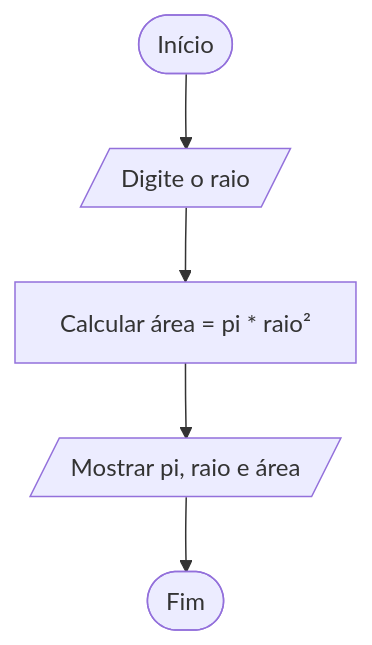
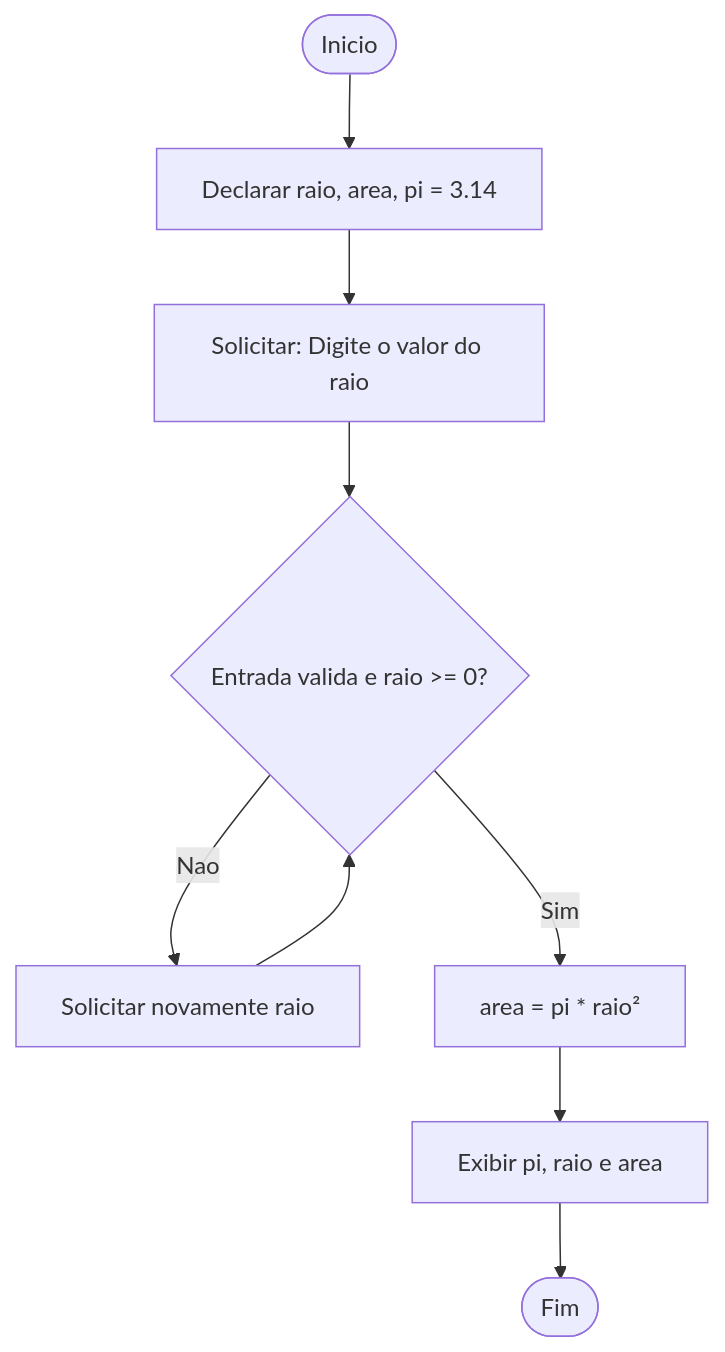
One commit to DanoloBR/portiflio-dan changed the second of 10 diagrams in README.md. Above: the diagram before and after it, drawn with Mermaid. The commit also changed other lines of this file, not shown here.

````diff
--- a/README.md
+++ b/README.md
@@ -40,7 +30,15 @@
 ```mermaid
 flowchart TD
-  A([Início]) --> B[/Digite o raio/]
-  B --> C[Calcular área = pi * raio²]
-  C --> D[/Mostrar pi, raio e área/]
-  D --> E([Fim])
+    A([Inicio])
+    B[Declarar raio, area, pi = 3.14]
+    C[Solicitar: Digite o valor do raio]
+    D{Entrada valida e raio >= 0?}
+    E[Solicitar novamente raio]
+    F[area = pi * raio²]
+    G[Exibir pi, raio e area]
+    H([Fim])
+
+    A --> B --> C --> D
+    D -->|Nao| E --> D
+    D -->|Sim| F --> G --> H
 ```
````
